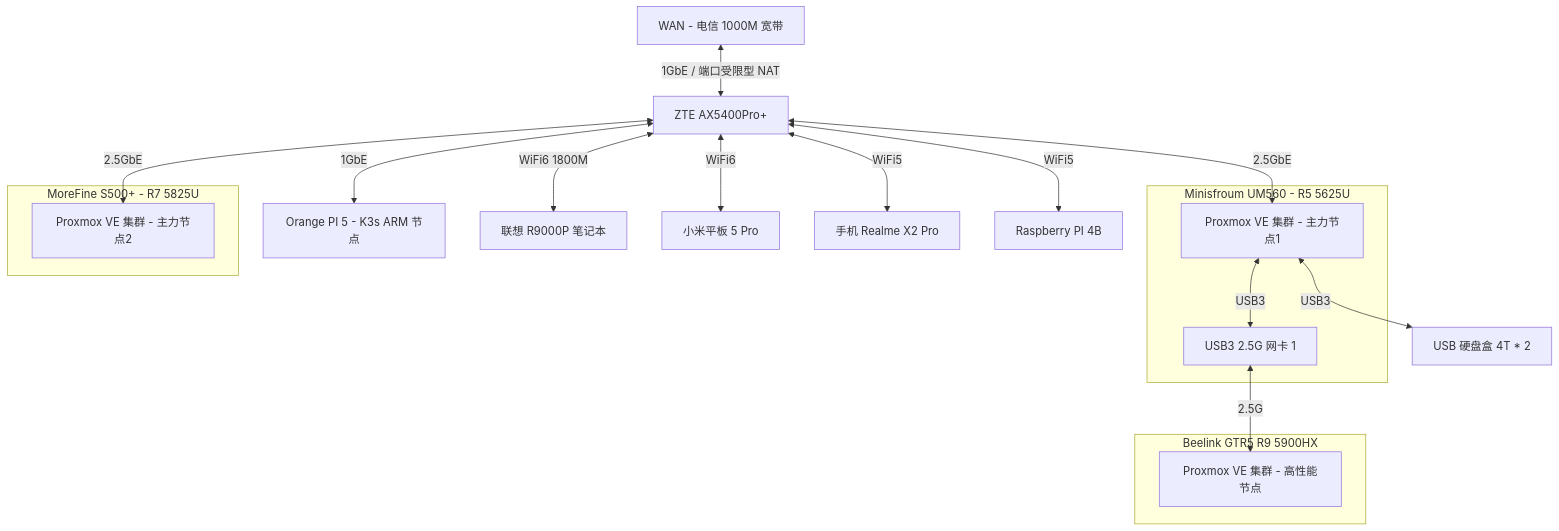
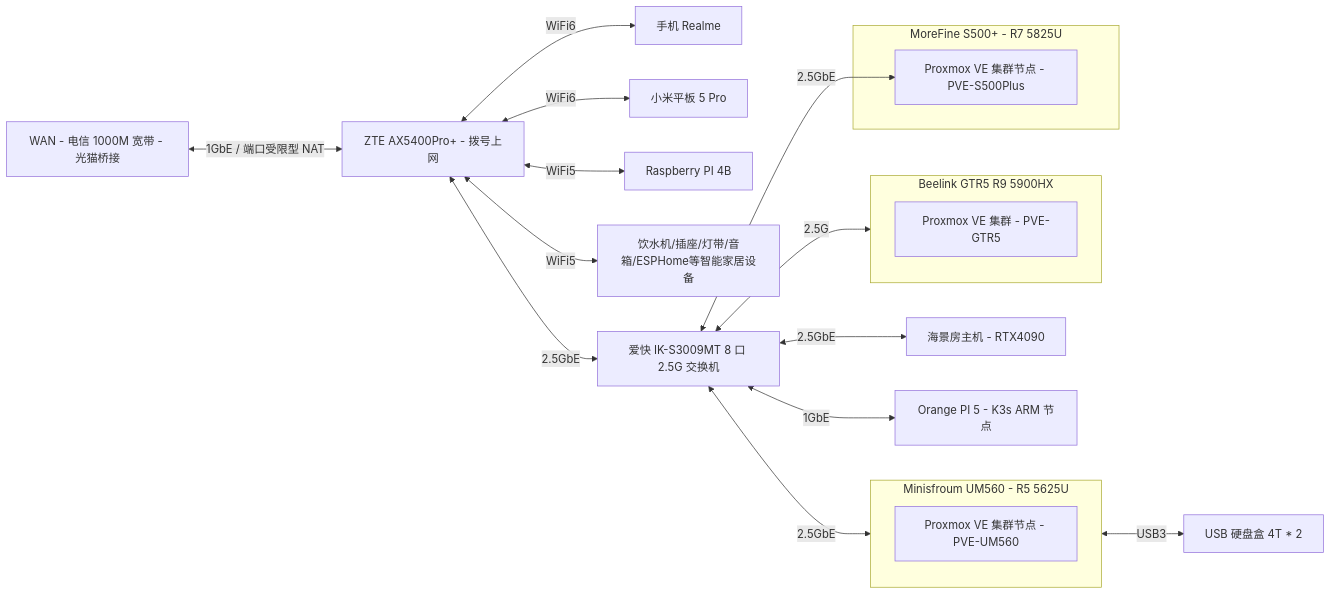
The diagram in homelab/README.md (ryan4yin/knowledge), drawn with Mermaid before and after one commit. The commit also changed other lines of this file, not shown here.

Commit message:
feat: /homelab

````diff
--- a/homelab/README.md
+++ b/homelab/README.md
@@ -25,29 +25,34 @@
 ```mermaid
-graph TD
-  WAN[WAN - 电信 1000M 宽带] <-- 1GbE / 端口受限型 NAT -->edge_router
-	edge_router <-- 2.5GbE --> PVE-Node2
-  edge_router[ZTE AX5400Pro+] <-- 2.5GbE --> PVE-Node1
+graph LR
+  WAN[WAN - 电信 1000M 宽带 - 光猫桥接]
+  edge_router[ZTE AX5400Pro+ - 拨号上网]
+  WAN <-- 1GbE / 端口受限型 NAT --> edge_router
+  
+  edge_router <-- WiFi6 --> android1[手机 Realme ]
+  edge_router <-- WiFi6 --> android_pad1[小米平板 5 Pro]
+	edge_router <-- WiFi5 --> raspberrypi[Raspberry PI 4B]
+	edge_router <-- WiFi5 --> SmartHomeDevices[饮水机/插座/灯带/音箱/ESPHome等智能家居设备]
 
-	edge_router <-- 1GbE --> orangepi5[Orange PI 5 - K3s ARM 节点]
-  edge_router <-- WiFi6 1800M --> R9000P[联想 R9000P 笔记本]
-  edge_router <-- WiFi6 --> android_pad1[小米平板 5 Pro]
-  edge_router <-- WiFi5 --> android1[手机 Realme X2 Pro]
-	edge_router <-- WiFi5 --> raspberrypi[Raspberry PI 4B]
+  edge_router <-- 2.5GbE --> switch[爱快 IK-S3009MT 8 口 2.5G 交换机]
+  
+  switch <-- 2.5GbE --> RTX4090[海景房主机 - RTX4090]
+	switch <-- 1GbE --> orangepi5[Orange PI 5 - K3s ARM 节点]
 
-	subgraph PVE-node1[Minisfroum UM560 - R5 5625U]
-    PVE-Node1[Proxmox VE 集群 - 主力节点1]
-    PVE-Node1 <-- USB3 --> USB-NIC1[USB3 2.5G 网卡 1]
+  switch <-- 2.5GbE --> UM560
+	switch <-- 2.5GbE --> PVE-S500Plus
+	switch <-- 2.5G --> GTR5
+
+	subgraph S500Plus[MoreFine S500+ - R7 5825U]
+    PVE-S500Plus[Proxmox VE 集群节点 - PVE-S500Plus]
+	end
+
+	subgraph GTR5[Beelink GTR5 R9 5900HX]
+    PVE-GTR5[Proxmox VE 集群 - PVE-GTR5]
+	end
+
+	subgraph UM560[Minisfroum UM560 - R5 5625U]
+    PVE-UM560[Proxmox VE 集群节点 - PVE-UM560]
 	end
   
-  PVE-Node1 <-- USB3 --> USB-Storage1[USB 硬盘盒 4T * 2]
-	USB-NIC1 <-- 2.5G --> PVE-Node3
-	
-	subgraph PVE-node2[MoreFine S500+ - R7 5825U]
-    PVE-Node2[Proxmox VE 集群 - 主力节点2]
-	end
-
-	subgraph PVE-node3[Beelink GTR5 R9 5900HX]
-    PVE-Node3[Proxmox VE 集群 - 高性能节点]
-	end
-
+  UM560 <-- USB3 --> USB-Storage1[USB 硬盘盒 4T * 2]
 ```
````
